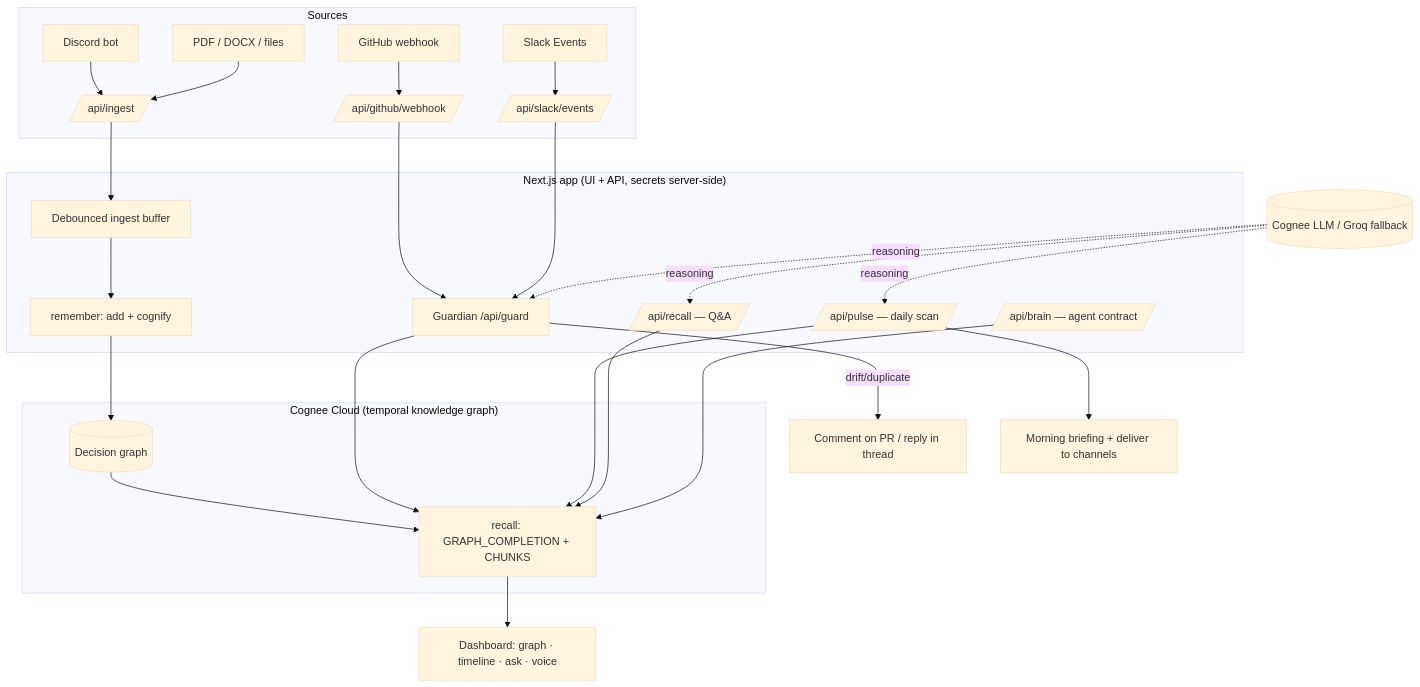
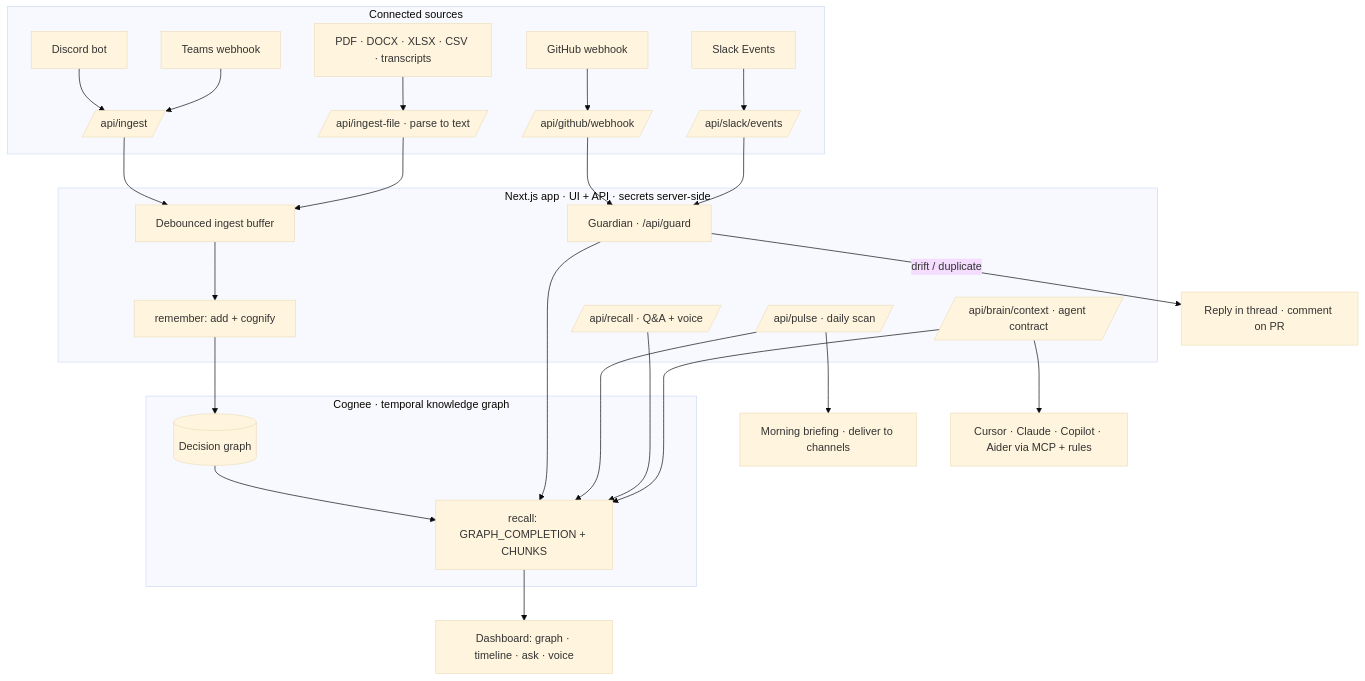
The first of 2 diagrams in README.md (RavindranathTagor/Trace), drawn with Mermaid (base theme) before and after one commit. The commit also changed other lines of this file, not shown here.

Commit message:
docs: rewrite README — features, Cognee stack, cross-platform file memory, demo + live links

````diff
--- a/README.md
+++ b/README.md
@@ -32,31 +110,33 @@
 ```mermaid
 graph TD
-  subgraph Sources
+  subgraph Sources["Connected sources"]
     DIS[Discord bot] --> ING
+    SL[Slack Events] --> SLK
     GH[GitHub webhook] --> HOOK
-    SL[Slack Events] --> SLK
-    FILES[PDF / DOCX / files] --> ING
+    TM[Teams webhook] --> ING
+    FILES[PDF · DOCX · XLSX · CSV · transcripts] --> IF
   end
-  subgraph App["Next.js app (UI + API, secrets server-side)"]
+  subgraph App["Next.js app · UI + API · secrets server-side"]
     ING[/api/ingest/] --> BUF[Debounced ingest buffer]
+    IF[/api/ingest-file · parse to text/] --> BUF
     HOOK[/api/github/webhook/] --> GUARD
     SLK[/api/slack/events/] --> GUARD
     BUF --> REMEMBER
-    GUARD[Guardian /api/guard]
-    PULSE[/api/pulse — daily scan/]
-    RECALL[/api/recall — Q&A/]
-    BRAIN[/api/brain — agent contract/]
+    GUARD[Guardian · /api/guard]
+    PULSE[/api/pulse · daily scan/]
+    RECALL[/api/recall · Q&A + voice/]
+    BRAIN[/api/brain/context · agent contract/]
   end
-  subgraph Cognee["Cognee Cloud (temporal knowledge graph)"]
+  subgraph Cognee["Cognee · temporal knowledge graph"]
     REMEMBER[remember: add + cognify] --> KG[(Decision graph)]
     KG --> RETRIEVE[recall: GRAPH_COMPLETION + CHUNKS]
   end
   GUARD --> RETRIEVE
   PULSE --> RETRIEVE
   RECALL --> RETRIEVE
   BRAIN --> RETRIEVE
-  GUARD -->|drift/duplicate| REPLY[Comment on PR / reply in thread]
-  PULSE --> BRIEF[Morning briefing + deliver to channels]
+  GUARD -->|drift / duplicate| REPLY[Reply in thread · comment on PR]
+  PULSE --> BRIEF[Morning briefing · deliver to channels]
+  BRAIN --> AGENTS[Cursor · Claude · Copilot · Aider via MCP + rules]
   RETRIEVE --> UI[Dashboard: graph · timeline · ask · voice]
-  LLM[(Cognee LLM / Groq fallback)] -.reasoning.-> GUARD & PULSE & RECALL
 ```
````
